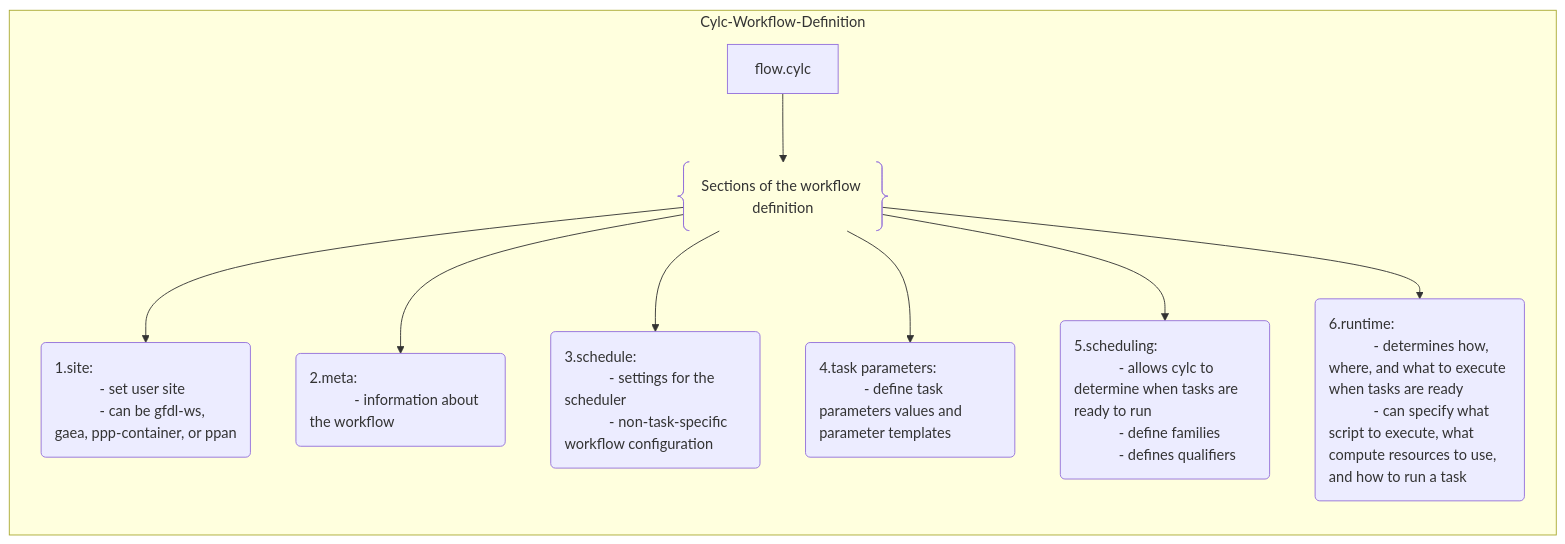
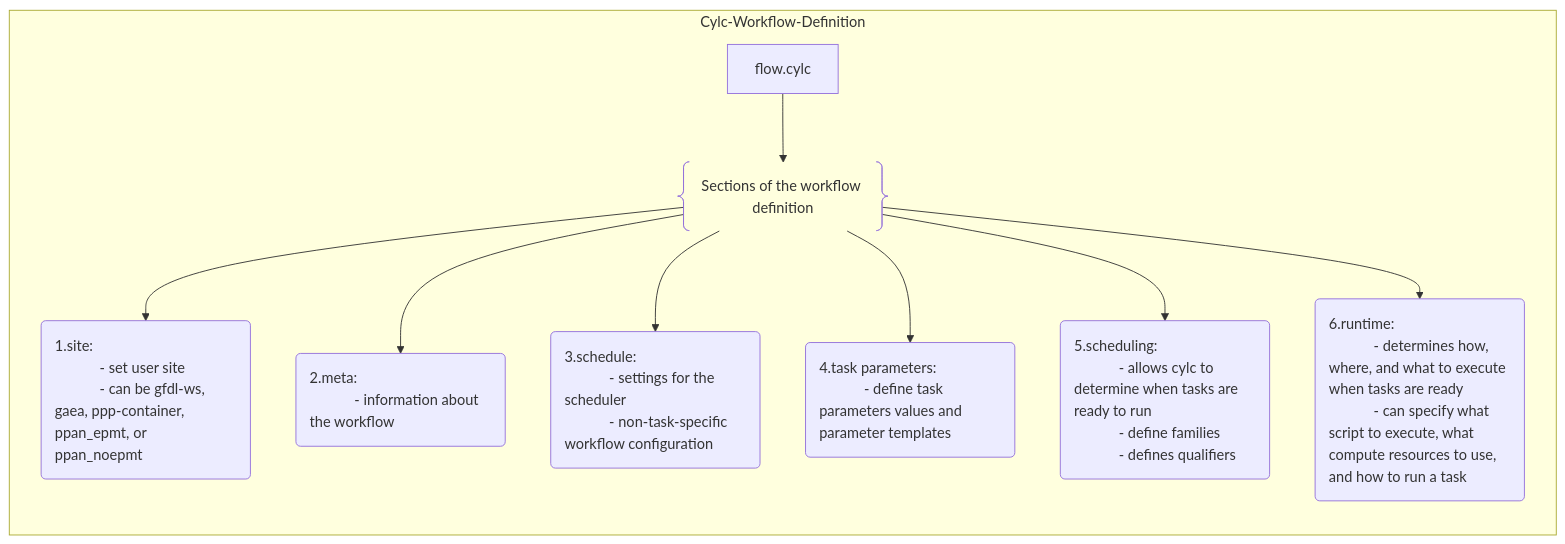
The first of 2 diagrams in portable-post-processing.md (NOAA-GFDL/fre-workflows), drawn with Mermaid before and after one commit. The commit also changed other lines of this file and 11 other files, not shown here.

Commit message:
Rename PPAN sites to reflect EPMT behavior

````diff
--- a/portable-post-processing.md
+++ b/portable-post-processing.md
@@ -18,34 +18,34 @@
 ```mermaid
 flowchart LR
  subgraph s1["Cylc-Workflow-Definition"]
         f["flow.cylc"]
         FF["Sections of the workflow definition"]
         S("1.site: 
             - set user site
-            - can be gfdl-ws, gaea, ppp-container, or ppan")
+            - can be gfdl-ws, gaea, ppp-container, ppan_epmt, or ppan_noepmt")
         f1("2.meta:
             - information about the workflow")
         f2("3.schedule:
             - settings for the scheduler
             - non-task-specific workflow configuration")
         f3("4.task parameters:
             - define task parameters values and parameter templates")
         f4("5.scheduling:
             - allows cylc to determine when tasks are ready to run
             - define families
             - defines qualifiers")
         f5("6.runtime:
             - determines how, where, and what to execute when tasks are ready
             - can specify what script to execute, what compute resources to use, and how to run a task")
   end
     f --> FF
     FF --> S & f1 & f2 & f3 & f4 & f5
 
     FF@{ shape: braces}
     style S text-align:left
     style f1 text-align:left
     style f2 text-align:left
     style f3 text-align:left
     style f4 text-align:left
     style f5 text-align:left
 ``` 
````
